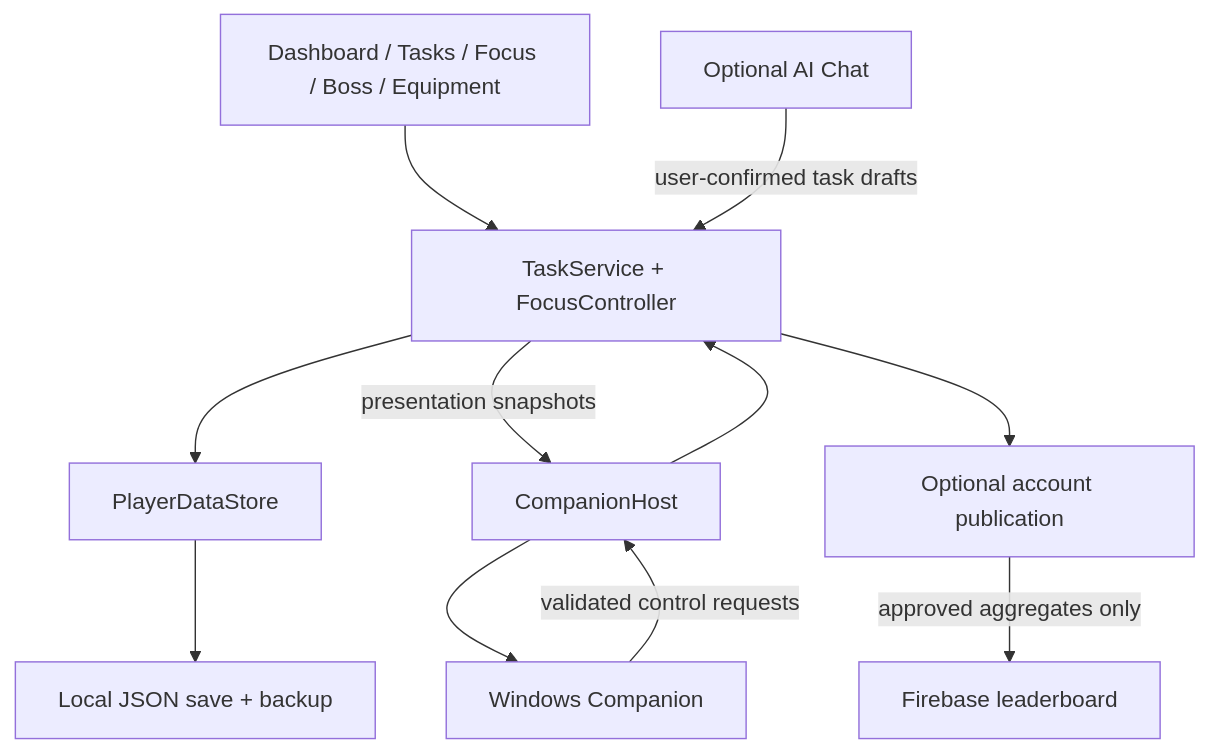
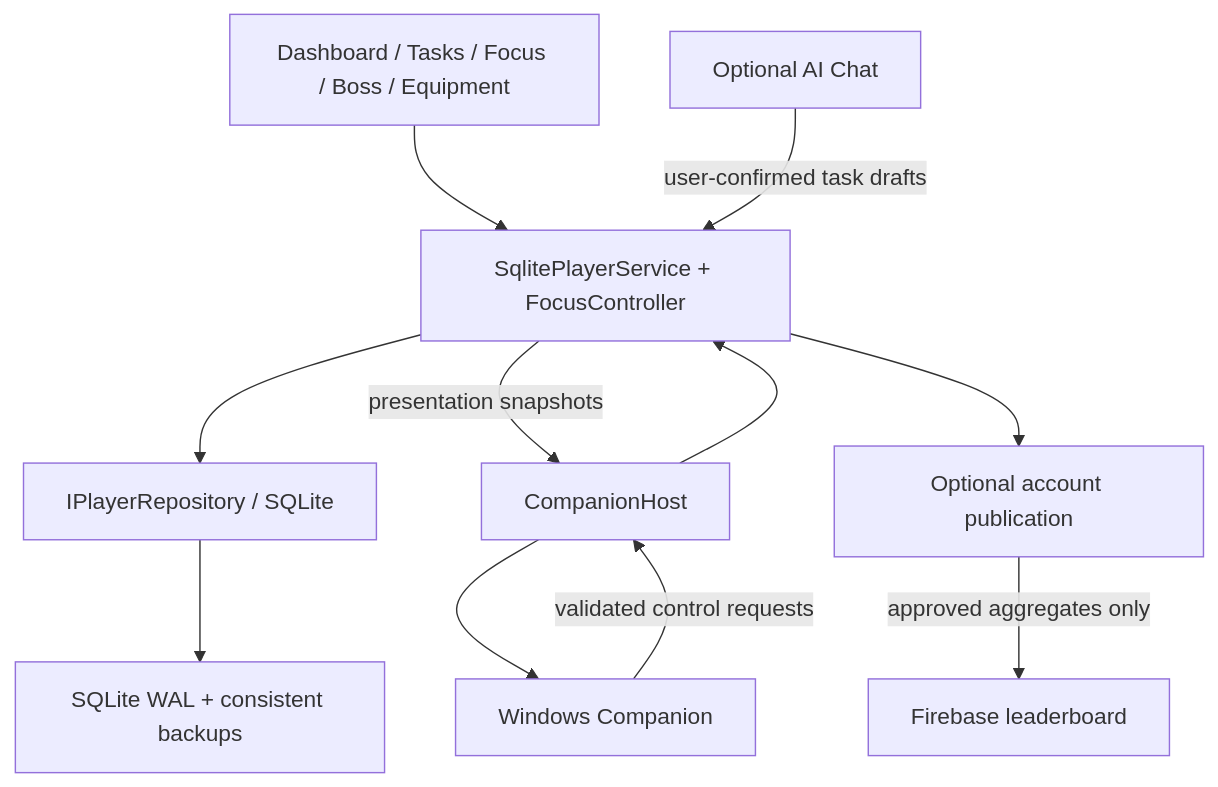
Before and after one commit to KJiShou/Cat-Quest: the diagram in README.md, drawn with Mermaid. The commit also changed other lines of this file and 198 other files, not shown here.

````diff
--- a/README.md
+++ b/README.md
@@ -212,13 +221,13 @@
 ```mermaid
 flowchart TD
-    UI[Dashboard / Tasks / Focus / Boss / Equipment] --> Services[TaskService + FocusController]
-    Services --> Store[PlayerDataStore]
-    Store --> Save[Local JSON save + backup]
+    UI[Dashboard / Tasks / Focus / Boss / Equipment] --> Services[SqlitePlayerService + FocusController]
+    Services --> Store[IPlayerRepository / SQLite]
+    Store --> Save[SQLite WAL + consistent backups]
     Companion[Windows Companion] -->|validated control requests| Host[CompanionHost]
     Host --> Services
     Services -->|presentation snapshots| Host
     Host --> Companion
     Chat[Optional AI Chat] -->|user-confirmed task drafts| Services
     Account[Optional account publication] -->|approved aggregates only| Firebase[Firebase leaderboard]
     Services --> Account
 ```
````
